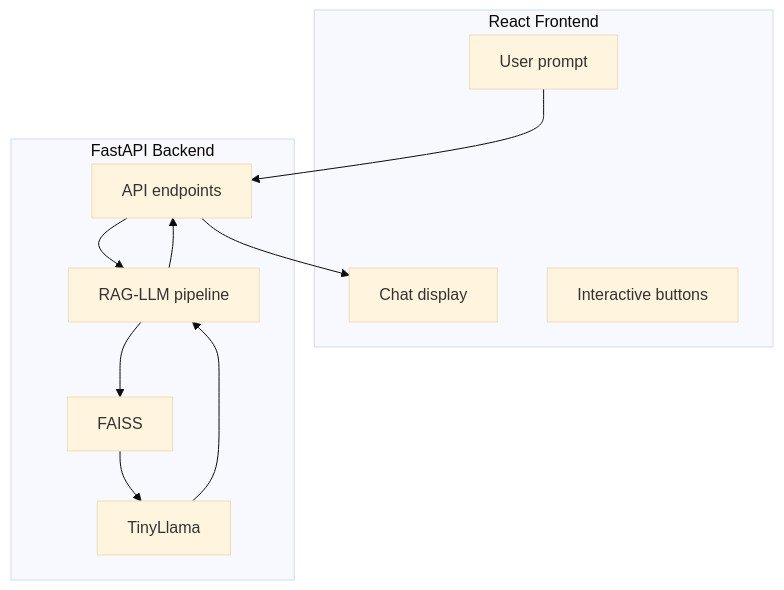
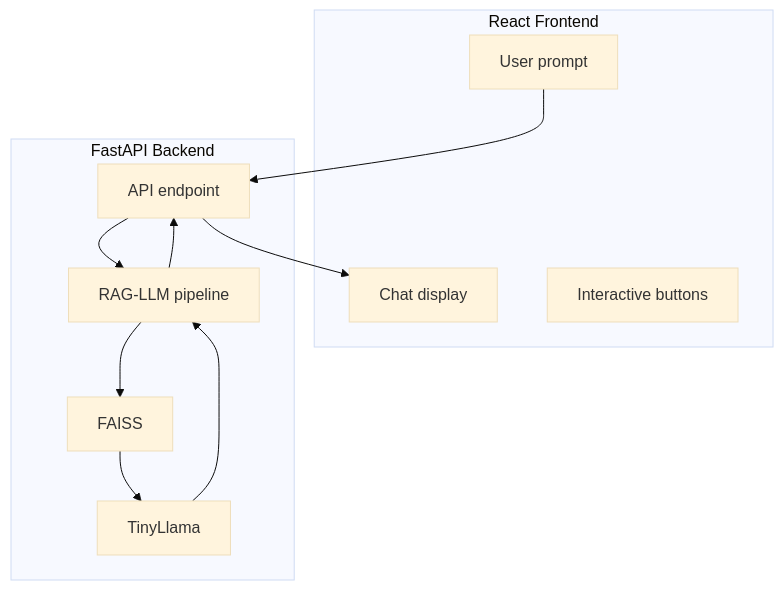
Before and after one commit to EMarc2023/zero-shot-rag-llm-frontend: the diagram in README.md, drawn with Mermaid (base theme). The commit also changed other lines of this file, not shown here.

````diff
--- a/README.md
+++ b/README.md
@@ -25,21 +25,21 @@
 ```mermaid
 graph TD
     subgraph "React Frontend"
         A[User prompt]
         B[Chat display]
         C[Interactive buttons]
     end
     subgraph "FastAPI Backend"
-        D[API endpoints]
+        D[API endpoint]
         E[RAG-LLM pipeline]
         F[FAISS]
         G[TinyLlama]
     end
     A --> D
     D --> E
     E --> F
     F --> G
     G --> E
     E --> D
     D --> B
 ```
````
